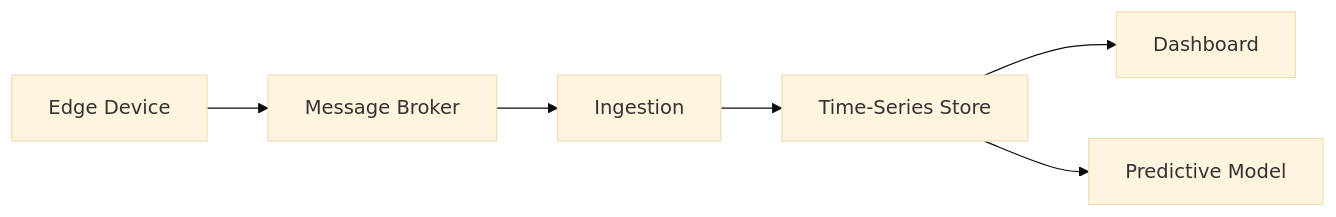
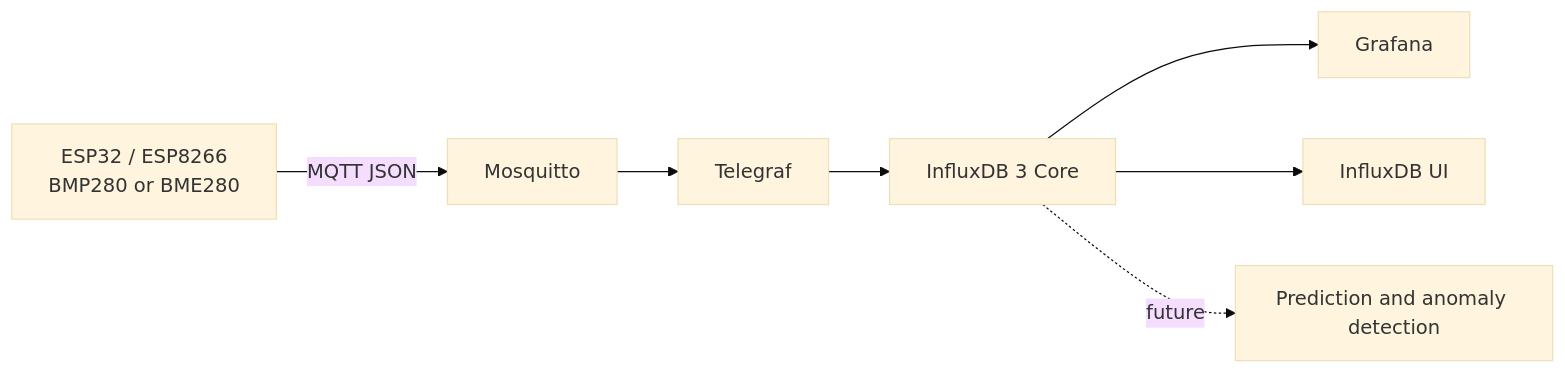
Before and after one commit to hristijanpetreski/Atmospheric: the diagram in README.md, drawn with Mermaid (base theme). The commit also changed other lines of this file and 1 other file, not shown here.

````diff
--- a/README.md
+++ b/README.md
@@ -18,8 +13,9 @@
 ```mermaid
 graph LR
-    A[Edge Device] --> B[Message Broker]
-    B --> C[Ingestion]
-    C --> D[Time-Series Store]
-    D --> E[Dashboard]
-    D --> F[Predictive Model]
+    A["ESP32 / ESP8266<br>BMP280 or BME280"] -->|MQTT JSON| B["Mosquitto"]
+    B --> C["Telegraf"]
+    C --> D["InfluxDB 3 Core"]
+    D --> E["Grafana"]
+    D --> F["InfluxDB UI"]
+    D -. future .-> G["Prediction and anomaly detection"]
 ```
````
